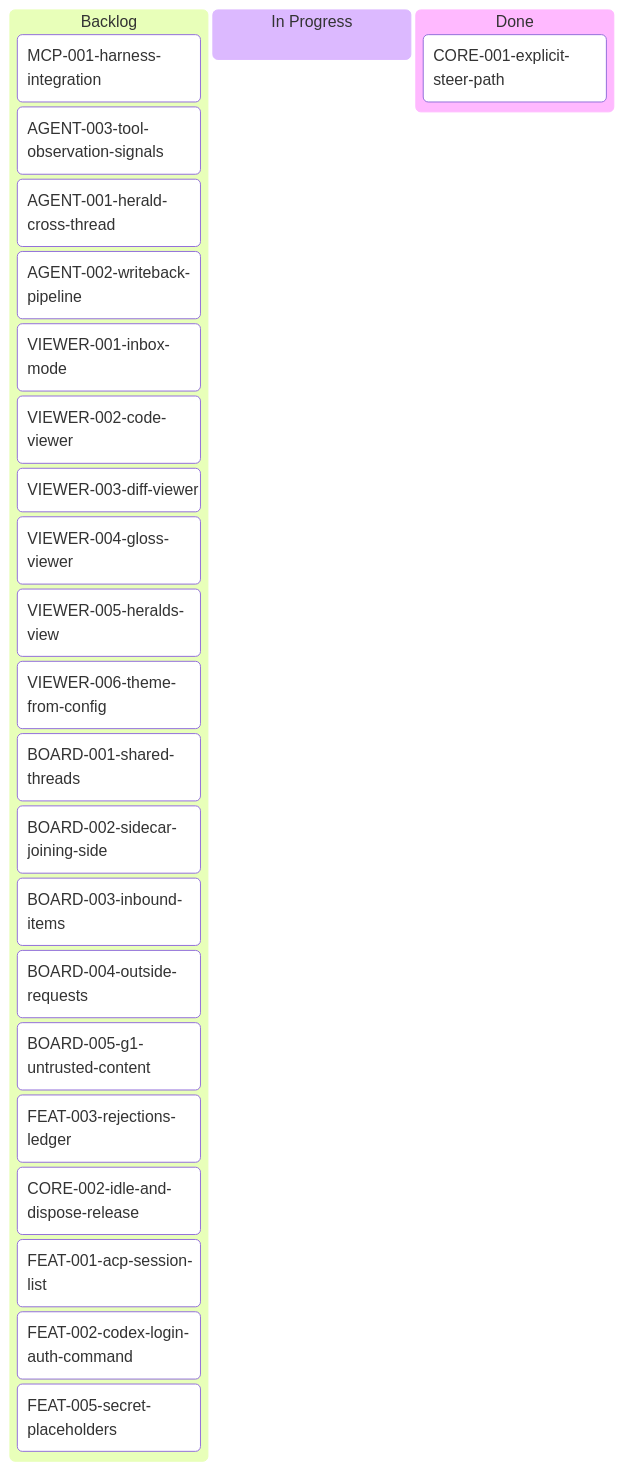
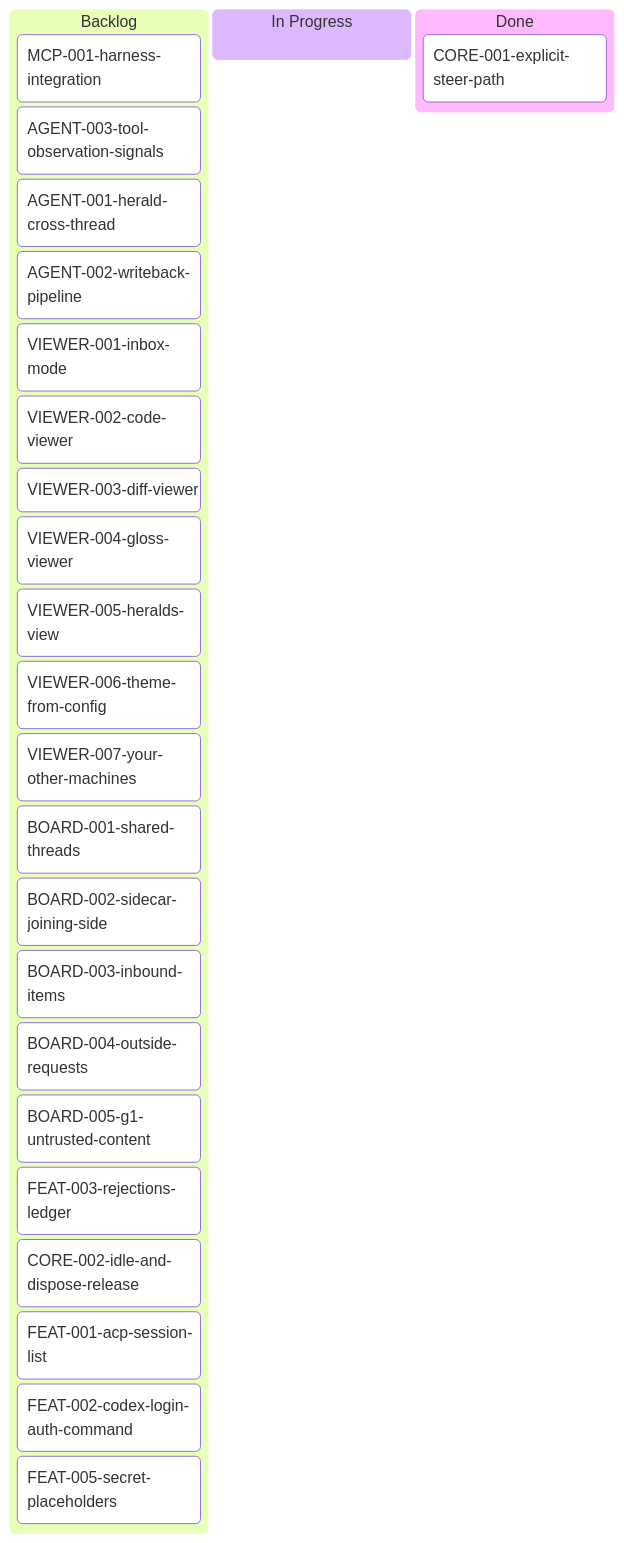
The diagram in tickets/kanban-backlog.md (inixiative/foundry), drawn with Mermaid before and after one commit. The commit also changed other lines of this file and 13 other files, not shown here.

First line of the commit message:
Your other devices in the footer, and a page for each machine

````diff
--- a/tickets/kanban-backlog.md
+++ b/tickets/kanban-backlog.md
@@ -3,32 +3,33 @@
 ```mermaid
 ---
 config:
   kanban:
     ticketBaseUrl: 'https://github.com/inixiative/foundry/blob/main/tickets/#TICKET#.md'
 ---
 kanban
   Backlog
     MCP-001-harness-integration
     AGENT-003-tool-observation-signals
     AGENT-001-herald-cross-thread
     AGENT-002-writeback-pipeline
     VIEWER-001-inbox-mode
     VIEWER-002-code-viewer
     VIEWER-003-diff-viewer
     VIEWER-004-gloss-viewer
     VIEWER-005-heralds-view
     VIEWER-006-theme-from-config
+    VIEWER-007-your-other-machines
     BOARD-001-shared-threads
     BOARD-002-sidecar-joining-side
     BOARD-003-inbound-items
     BOARD-004-outside-requests
     BOARD-005-g1-untrusted-content
     FEAT-003-rejections-ledger
     CORE-002-idle-and-dispose-release
     FEAT-001-acp-session-list
     FEAT-002-codex-login-auth-command
     FEAT-005-secret-placeholders
   In Progress
   Done
     CORE-001-explicit-steer-path
 ```
````
